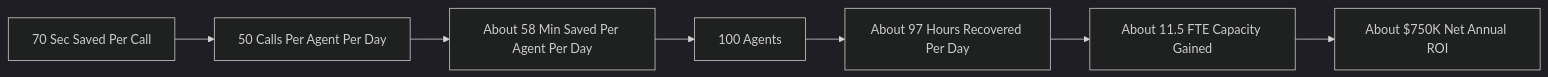
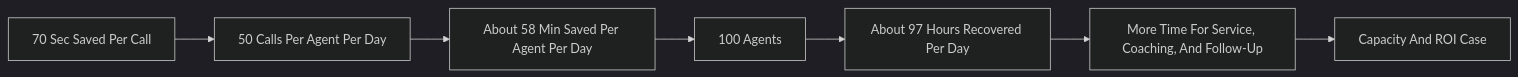
One commit to WebexSamples/webex-ai-agents changed the tenth of 10 diagrams in AI_CookBook/ai-assist-benefits3.md. Above: the diagram before and after it, drawn with Mermaid (dark theme). The commit also changed other lines of this file, not shown here.

````diff
--- a/AI_CookBook/ai-assist-benefits3.md
+++ b/AI_CookBook/ai-assist-benefits3.md
@@ -270,9 +262,9 @@
 ```mermaid
 flowchart LR
     Seconds[70 Sec Saved Per Call] --> Calls[50 Calls Per Agent Per Day]
     Calls --> AgentTime[About 58 Min Saved Per Agent Per Day]
     AgentTime --> Team[100 Agents]
     Team --> Hours[About 97 Hours Recovered Per Day]
-    Hours --> Capacity[About 11.5 FTE Capacity Gained]
-    Capacity --> ROI[About $750K Net Annual ROI]
+    Hours --> Capacity[More Time For Service, Coaching, And Follow-Up]
+    Capacity --> ROI[Capacity And ROI Case]
 ```
````
